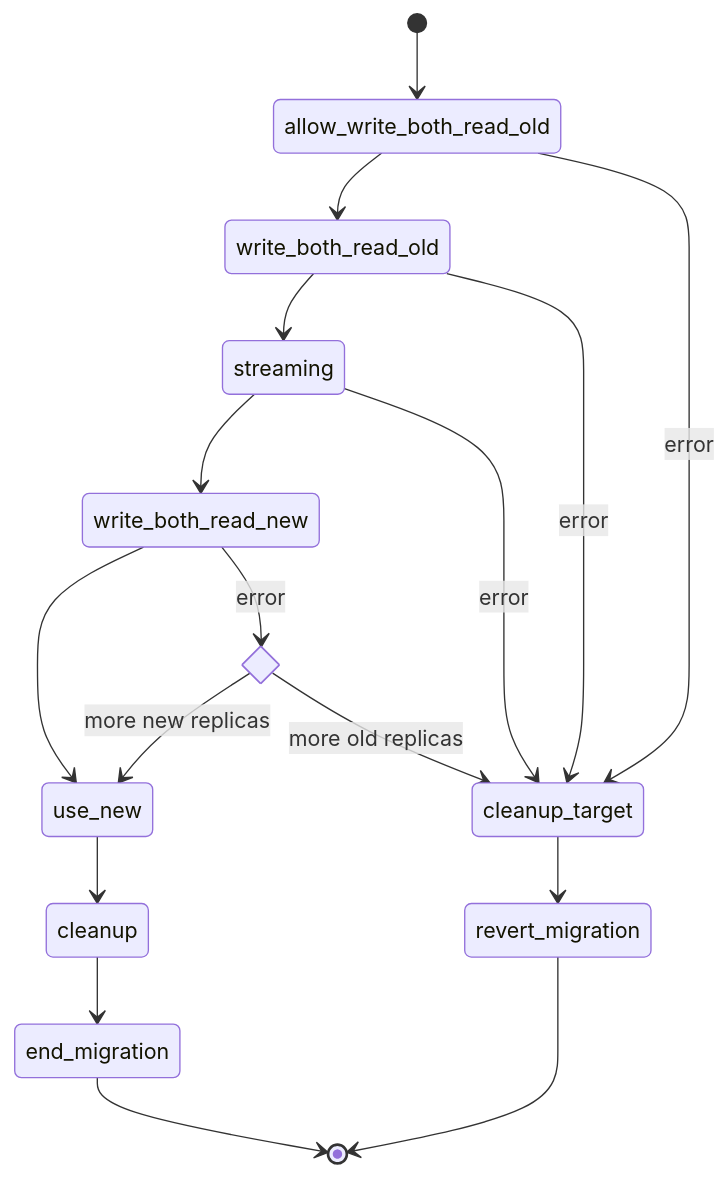
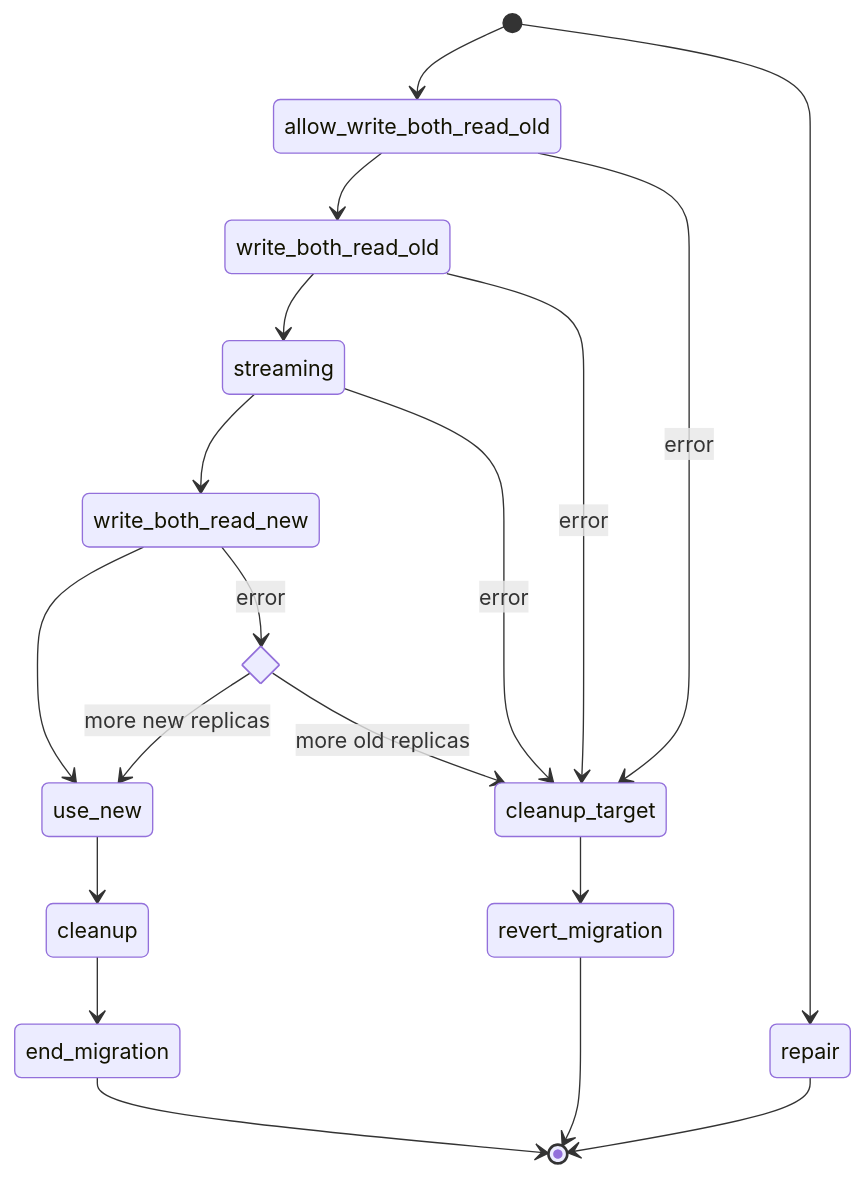
The second of 2 diagrams in docs/dev/topology-over-raft.md (scylladb/scylladb), drawn with Mermaid before and after one commit. The commit also changed other lines of this file, not shown here.

Commit message:
docs: Add docs for tablet repair migration

````diff
--- a/docs/dev/topology-over-raft.md
+++ b/docs/dev/topology-over-raft.md
@@ -286,20 +292,22 @@
 ```mermaid
 stateDiagram-v2
     state if_state <<choice>>
     [*] --> allow_write_both_read_old
     allow_write_both_read_old --> write_both_read_old
     write_both_read_old --> streaming
     streaming --> write_both_read_new
     write_both_read_new --> use_new
     use_new --> cleanup
     cleanup --> end_migration
     end_migration --> [*]
+    [*] --> repair
+    repair --> [*]
     allow_write_both_read_old --> cleanup_target: error
     write_both_read_old --> cleanup_target: error
     streaming --> cleanup_target: error
     write_both_read_new --> if_state: error
     if_state --> use_new: more new replicas
     if_state --> cleanup_target: more old replicas
     cleanup_target --> revert_migration
     revert_migration --> [*]
 ```
````
